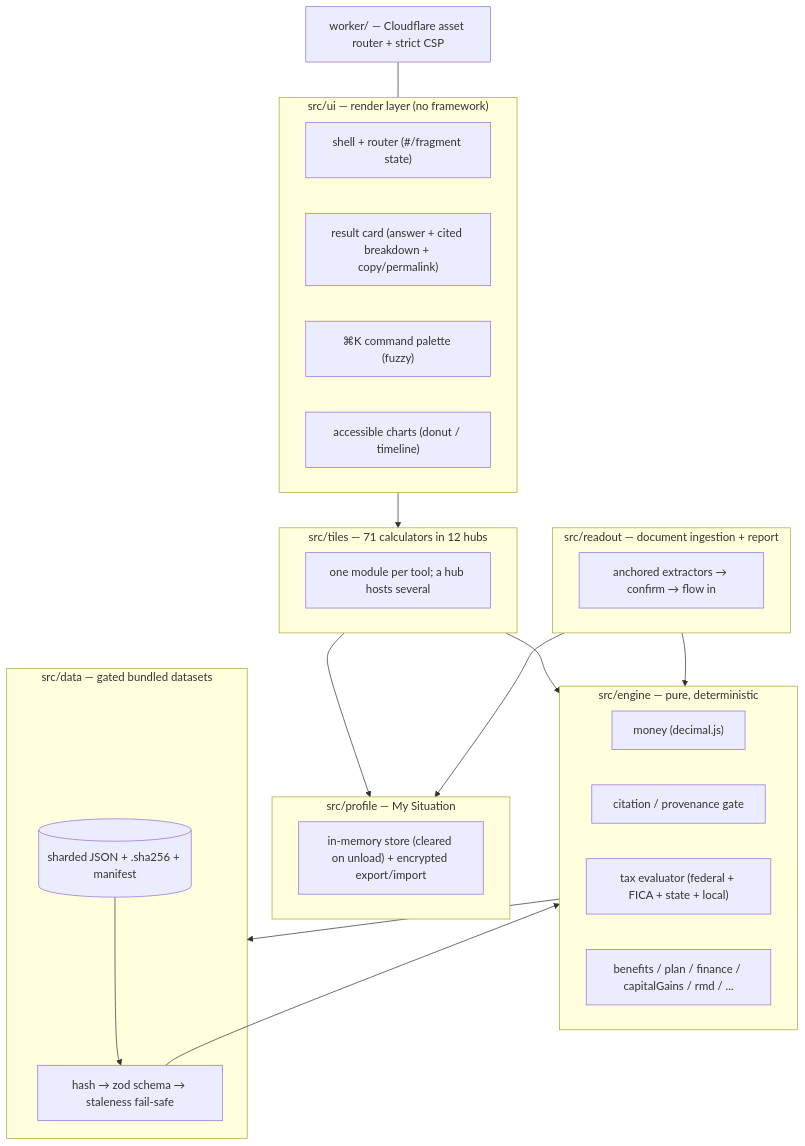
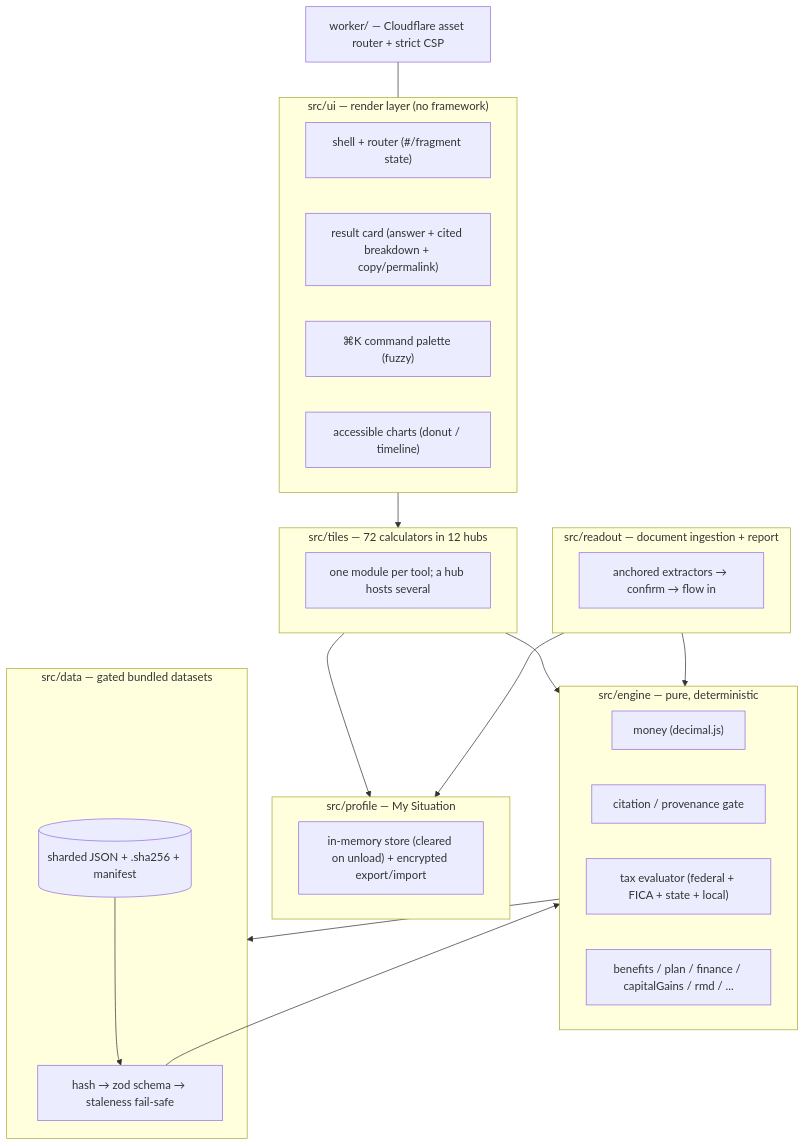
Before and after one commit to clay-good/enklayve: the second of 7 diagrams in docs/under-the-hood.md, drawn with Mermaid. The commit also changed other lines of this file and 31 other files, not shown here.

````diff
--- a/docs/under-the-hood.md
+++ b/docs/under-the-hood.md
@@ -300,36 +300,36 @@
 ```mermaid
 flowchart TD
     subgraph UI["src/ui — render layer (no framework)"]
         SH["shell + router (#/fragment state)"]
         RC["result card (answer + cited breakdown + copy/permalink)"]
         CP["⌘K command palette (fuzzy)"]
         CH["accessible charts (donut / timeline)"]
     end
-    subgraph TILES["src/tiles — 71 calculators in 12 hubs"]
+    subgraph TILES["src/tiles — 72 calculators in 12 hubs"]
         T1["one module per tool; a hub hosts several"]
     end
     subgraph PROFILE["src/profile — My Situation"]
         PS["in-memory store (cleared on unload) + encrypted export/import"]
     end
     subgraph READOUT["src/readout — document ingestion + report"]
         RX["anchored extractors → confirm → flow in"]
     end
     subgraph ENGINE["src/engine — pure, deterministic"]
         MN["money (decimal.js)"]
         CI["citation / provenance gate"]
         TAX["tax evaluator (federal + FICA + state + local)"]
         BEN["benefits / plan / finance / capitalGains / rmd / ..."]
     end
     subgraph DATA["src/data — gated bundled datasets"]
         LO["hash → zod schema → staleness fail-safe"]
         DS[("sharded JSON + .sha256 + manifest")]
     end
     TILES --> ENGINE
     READOUT --> ENGINE
     TILES --> PROFILE
     READOUT --> PROFILE
     UI --> TILES
     ENGINE --> DATA
     DS --> LO --> ENGINE
     WORKER["worker/ — Cloudflare asset router + strict CSP"] --- UI
 ```
````
